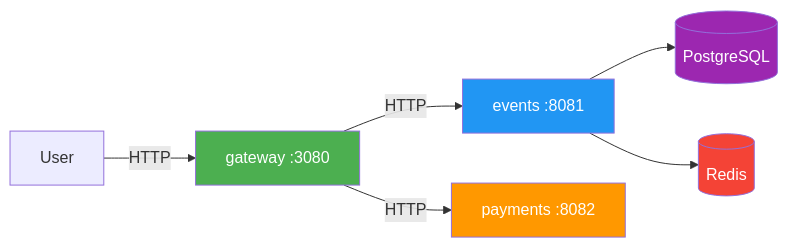
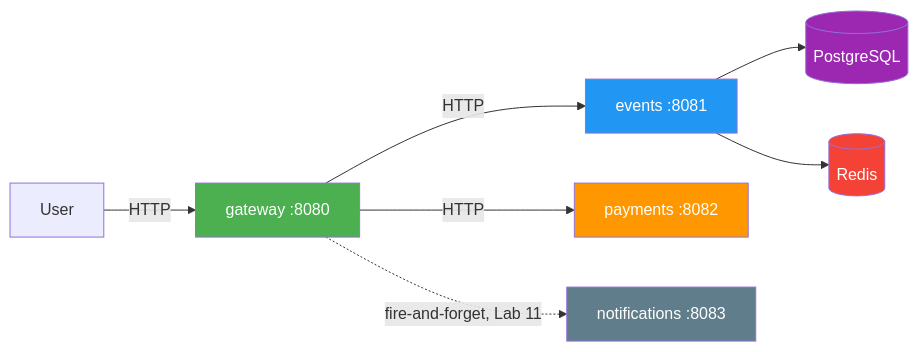
The first of 2 diagrams in README.md (inno-devops-labs/SRE-Intro), drawn with Mermaid before and after one commit. The commit also changed other lines of this file, not shown here.

````diff
--- a/README.md
+++ b/README.md
@@ -39,14 +39,16 @@
 ```mermaid
 graph LR
-    U[User] -->|HTTP| GW[gateway :3080]
+    U[User] -->|HTTP| GW[gateway :8080]
     GW -->|HTTP| EV[events :8081]
     GW -->|HTTP| PAY[payments :8082]
+    GW -. fire-and-forget, Lab 11 .-> NOT[notifications :8083]
     EV --> PG[(PostgreSQL)]
     EV --> RD[(Redis)]
 
     style GW fill:#4CAF50,color:#fff
     style EV fill:#2196F3,color:#fff
     style PAY fill:#FF9800,color:#fff
+    style NOT fill:#607D8B,color:#fff
     style PG fill:#9C27B0,color:#fff
     style RD fill:#F44336,color:#fff
 ```
````
